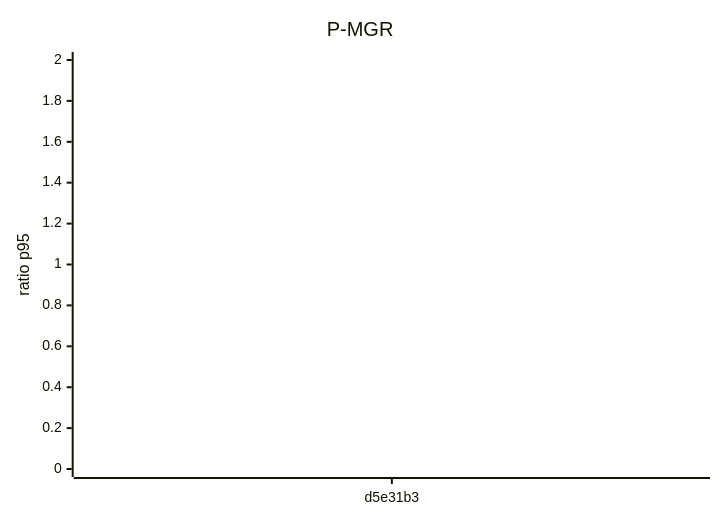
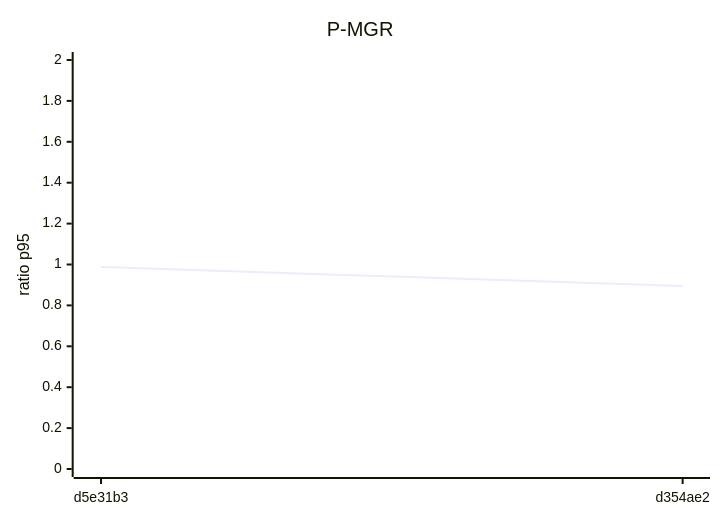
Before and after one commit to mtromane/expense-io: the second of 8 diagrams in docs/perf/trend.md, drawn with Mermaid. The commit also changed other lines of this file and 1 other file, not shown here.

````diff
--- a/docs/perf/trend.md
+++ b/docs/perf/trend.md
@@ -24,7 +24,7 @@
 ```mermaid
 xychart-beta
   title "P-MGR"
-  x-axis ["d5e31b3"]
+  x-axis ["d5e31b3", "d354ae2"]
   y-axis "ratio p95" 0 --> 2
-  line [0.988]
+  line [0.988, 0.895]
 ```
````
